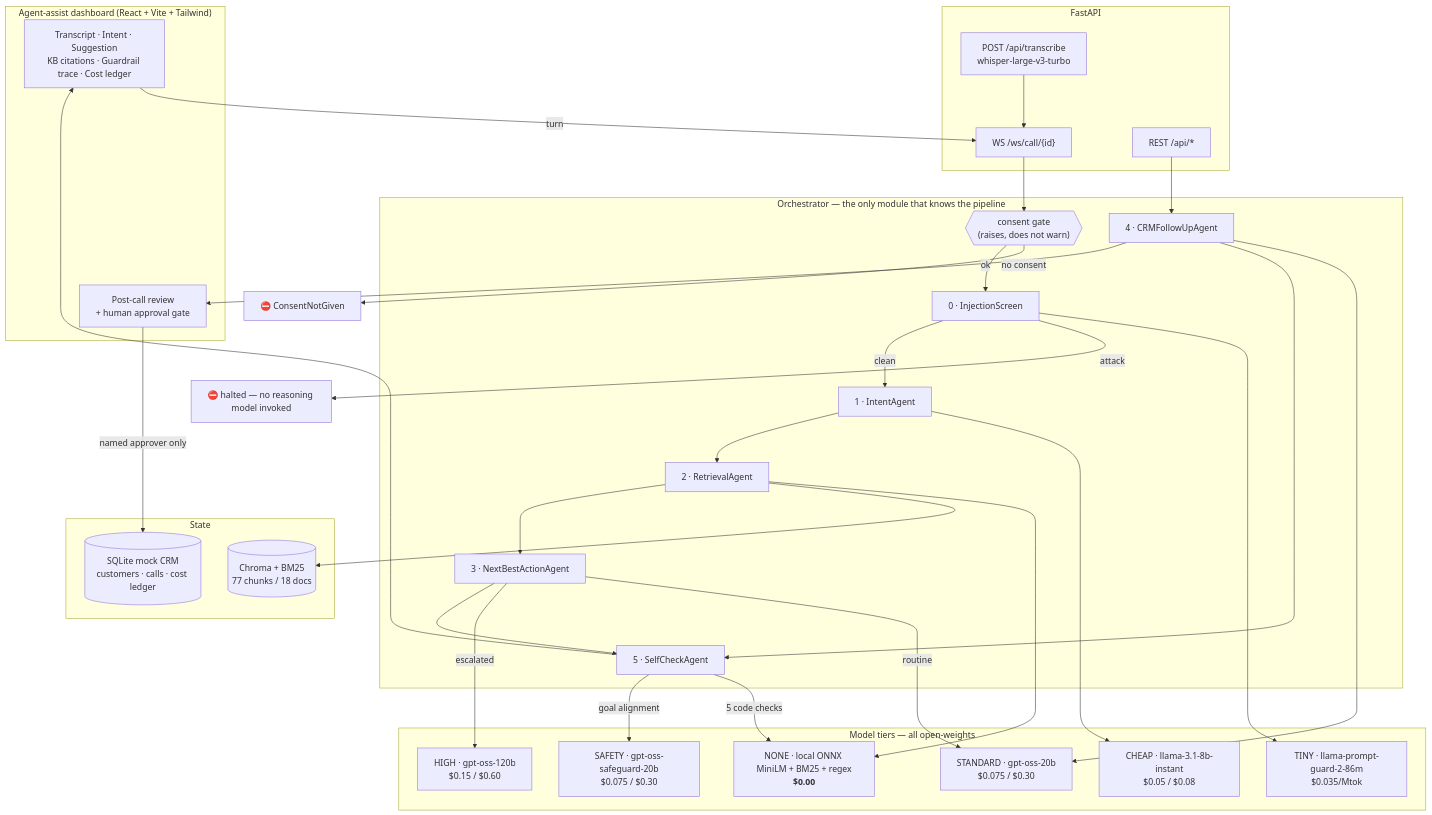
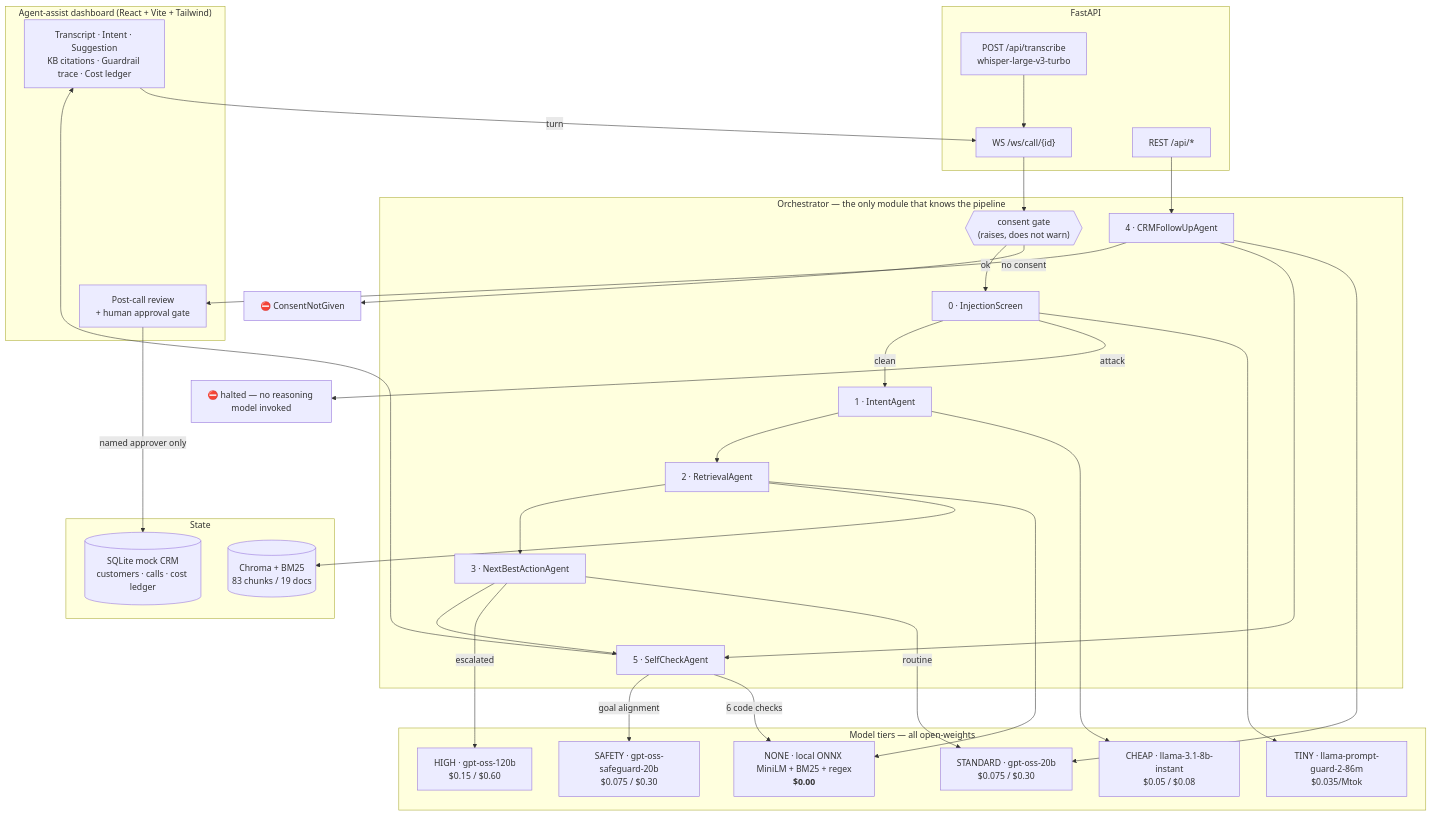
Before and after one commit to KL2300030695/SahAI: the diagram in ARCHITECTURE.md, drawn with Mermaid. The commit also changed other lines of this file and 17 other files, not shown here.

````diff
--- a/ARCHITECTURE.md
+++ b/ARCHITECTURE.md
@@ -35,58 +35,58 @@
 ```mermaid
 flowchart TB
     subgraph client["Agent-assist dashboard (React + Vite + Tailwind)"]
         UI["Transcript · Intent · Suggestion<br/>KB citations · Guardrail trace · Cost ledger"]
         REV["Post-call review<br/>+ human approval gate"]
     end
 
     subgraph api["FastAPI"]
         WS["WS /ws/call/{id}"]
         REST["REST /api/*"]
         STT["POST /api/transcribe<br/>whisper-large-v3-turbo"]
     end
 
     subgraph orch["Orchestrator — the only module that knows the pipeline"]
         GATE{{"consent gate<br/>(raises, does not warn)"}}
         A0["0 · InjectionScreen"]
         A1["1 · IntentAgent"]
         A2["2 · RetrievalAgent"]
         A3["3 · NextBestActionAgent"]
         A5["5 · SelfCheckAgent"]
         A4["4 · CRMFollowUpAgent"]
     end
 
     subgraph models["Model tiers — all open-weights"]
         T0["NONE · local ONNX MiniLM + BM25 + regex<br/><b>$0.00</b>"]
         T1["TINY · llama-prompt-guard-2-86m<br/>$0.035/Mtok"]
         T2["CHEAP · llama-3.1-8b-instant<br/>$0.05 / $0.08"]
         T3["STANDARD · gpt-oss-20b<br/>$0.075 / $0.30"]
         T4["HIGH · gpt-oss-120b<br/>$0.15 / $0.60"]
         T5["SAFETY · gpt-oss-safeguard-20b<br/>$0.075 / $0.30"]
     end
 
     subgraph data["State"]
-        KB[("Chroma + BM25<br/>77 chunks / 18 docs")]
+        KB[("Chroma + BM25<br/>83 chunks / 19 docs")]
         DB[("SQLite mock CRM<br/>customers · calls · cost ledger")]
     end
 
     UI -->|turn| WS --> GATE
     GATE -->|no consent| STOP["⛔ ConsentNotGiven"]
     GATE -->|ok| A0 --> T1
     A0 -->|attack| HALT["⛔ halted — no reasoning model invoked"]
     A0 -->|clean| A1 --> T2
     A1 --> A2 --> T0
     A2 --> KB
     A2 --> A3
     A3 -->|routine| T3
     A3 -->|escalated| T4
     A3 --> A5
-    A5 -->|5 code checks| T0
+    A5 -->|6 code checks| T0
     A5 -->|goal alignment| T5
     A5 --> UI
 
     REST --> A4 --> T3
     A4 --> A5
     A4 --> REV
     REV -->|named approver only| DB
     STT --> WS
 ```
````
